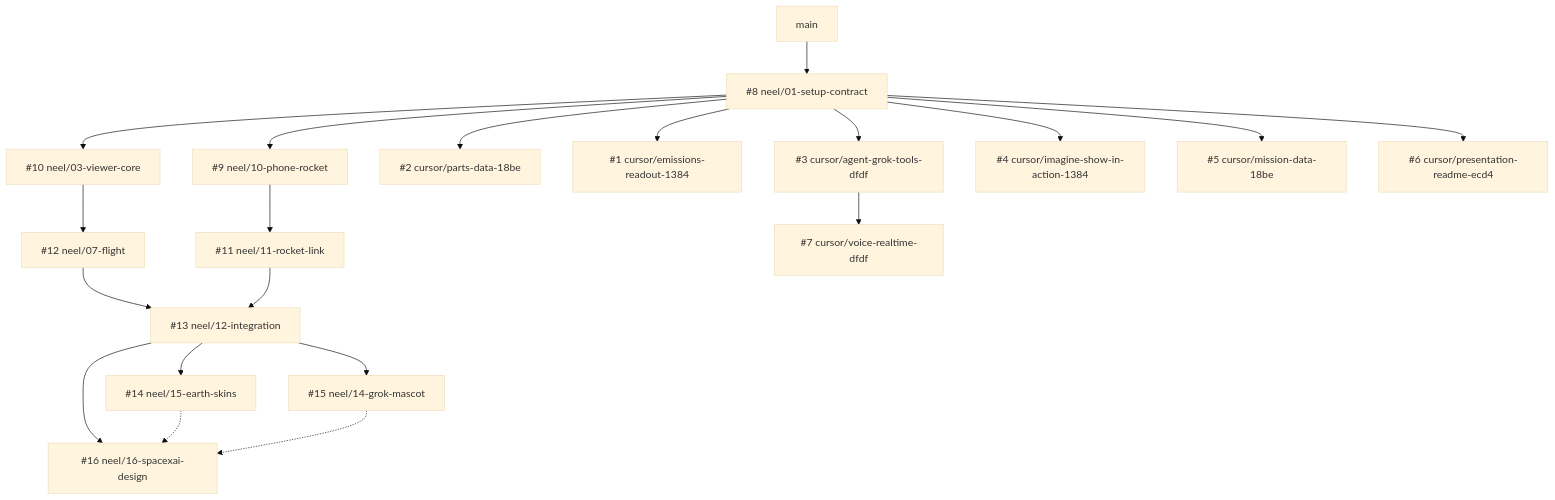
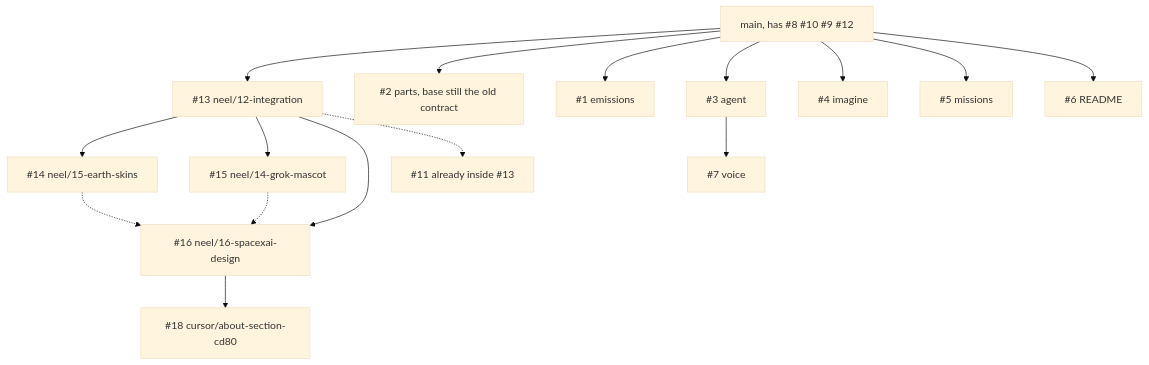
Before and after one commit to NPX2218/teardown: the diagram in docs/REVIEW-GUIDE.md, drawn with Mermaid (base theme). The commit also changed other lines of this file and 2 other files, not shown here.

First line of the commit message:
docs: start the merge order at what is still open

````diff
--- a/docs/REVIEW-GUIDE.md
+++ b/docs/REVIEW-GUIDE.md
@@ -15,22 +15,18 @@
 ```mermaid
 flowchart TD
-  main["main"] --> p8["#8 neel/01-setup-contract"]
-  p8 --> p10["#10 neel/03-viewer-core"]
-  p8 --> p9["#9 neel/10-phone-rocket"]
-  p8 --> p2["#2 cursor/parts-data-18be"]
-  p8 --> p1["#1 cursor/emissions-readout-1384"]
-  p8 --> p3["#3 cursor/agent-grok-tools-dfdf"]
-  p8 --> p4["#4 cursor/imagine-show-in-action-1384"]
-  p8 --> p5["#5 cursor/mission-data-18be"]
-  p8 --> p6["#6 cursor/presentation-readme-ecd4"]
-  p10 --> p12["#12 neel/07-flight"]
-  p9 --> p11["#11 neel/11-rocket-link"]
-  p12 --> p13["#13 neel/12-integration"]
-  p11 --> p13
+  main["main, has #8 #10 #9 #12"] --> p13["#13 neel/12-integration"]
   p13 --> p14["#14 neel/15-earth-skins"]
   p13 --> p15["#15 neel/14-grok-mascot"]
   p13 --> p16["#16 neel/16-spacexai-design"]
   p14 -.-> p16
   p15 -.-> p16
-  p3 --> p7["#7 cursor/voice-realtime-dfdf"]
+  p16 --> p18["#18 cursor/about-section-cd80"]
+  p13 -.-> p11["#11 already inside #13"]
+  main --> p2["#2 parts, base still the old contract"]
+  main --> p1["#1 emissions"]
+  main --> p3["#3 agent"]
+  main --> p4["#4 imagine"]
+  main --> p5["#5 missions"]
+  main --> p6["#6 README"]
+  p3 --> p7["#7 voice"]
 ```
````
